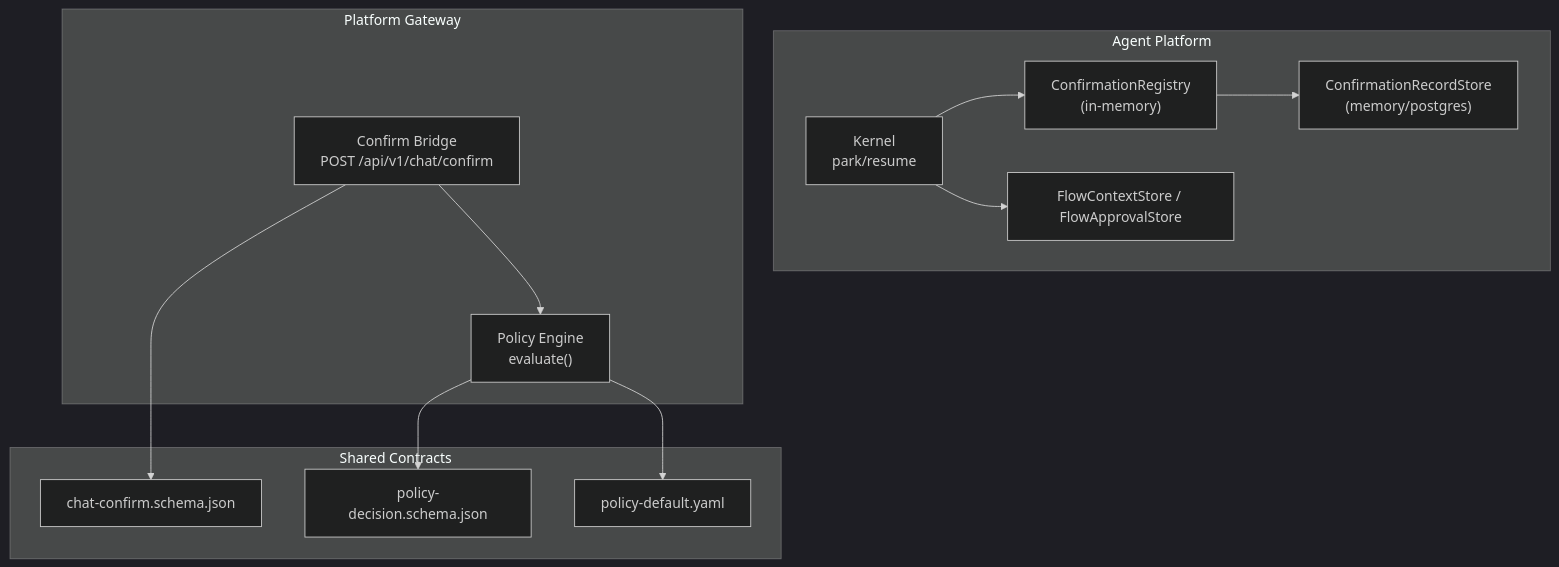
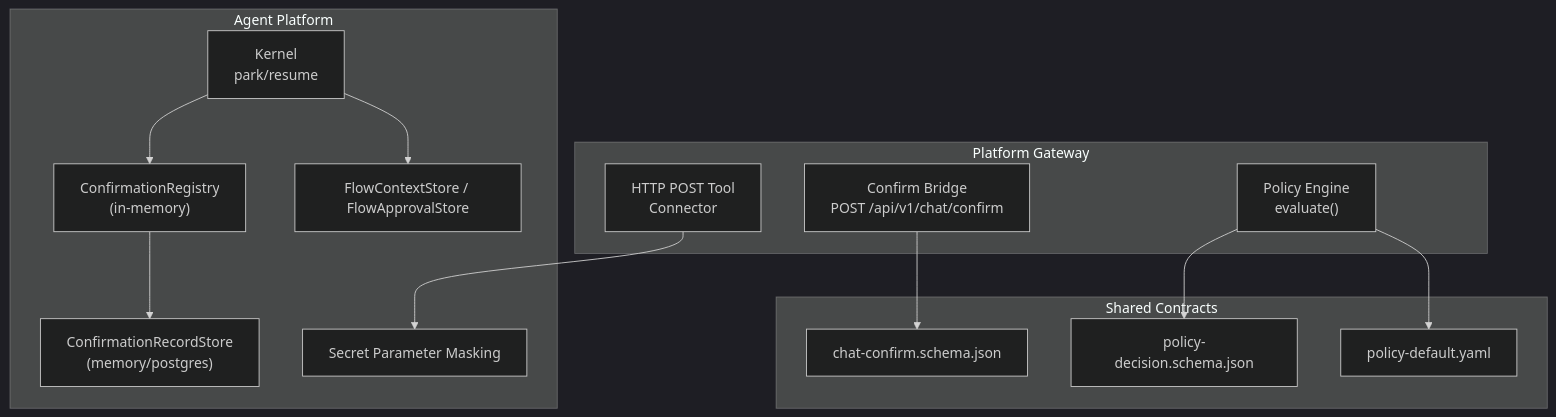
The first of 8 diagrams in .qoder/repowiki/en/content/Core Services/Agent Platform/Human-in-the-Loop Approvals.md (metasync/luban-aiops), drawn with Mermaid (dark theme) before and after one commit. The commit also changed other lines of this file and 102 other files, not shown here.

````diff
--- a/.qoder/repowiki/en/content/Core Services/Agent Platform/Human-in-the-Loop Approvals.md
+++ b/.qoder/repowiki/en/content/Core Services/Agent Platform/Human-in-the-Loop Approvals.md
@@ -44,25 +57,27 @@
 ```mermaid
 graph TB
 subgraph "Agent Platform"
 A["Kernel<br/>park/resume"]
 B["ConfirmationRegistry<br/>(in-memory)"]
 C["ConfirmationRecordStore<br/>(memory/postgres)"]
 D["FlowContextStore / FlowApprovalStore"]
+E["Secret Parameter Masking"]
 end
 subgraph "Platform Gateway"
-E["Policy Engine<br/>evaluate()"]
-F["Confirm Bridge<br/>POST /api/v1/chat/confirm"]
+F["Policy Engine<br/>evaluate()"]
+G["Confirm Bridge<br/>POST /api/v1/chat/confirm"]
+H["HTTP POST Tool<br/>Connector"]
 end
 subgraph "Shared Contracts"
-G["chat-confirm.schema.json"]
-H["policy-decision.schema.json"]
-I["policy-default.yaml"]
+I["chat-confirm.schema.json"]
+J["policy-decision.schema.json"]
+K["policy-default.yaml"]
 end
 A --> B
 B --> C
 A --> D
-F --> E
-E --> I
-F --> G
-E --> H
+F --> K
+G --> I
+F --> J
+H --> E
 ```
````
